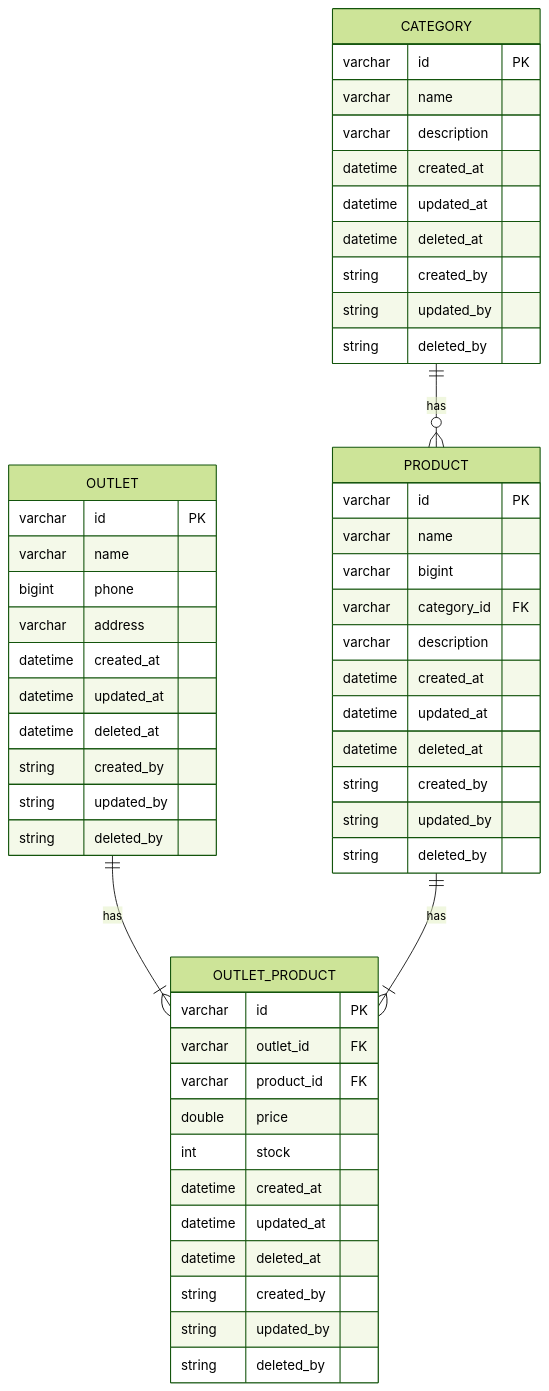
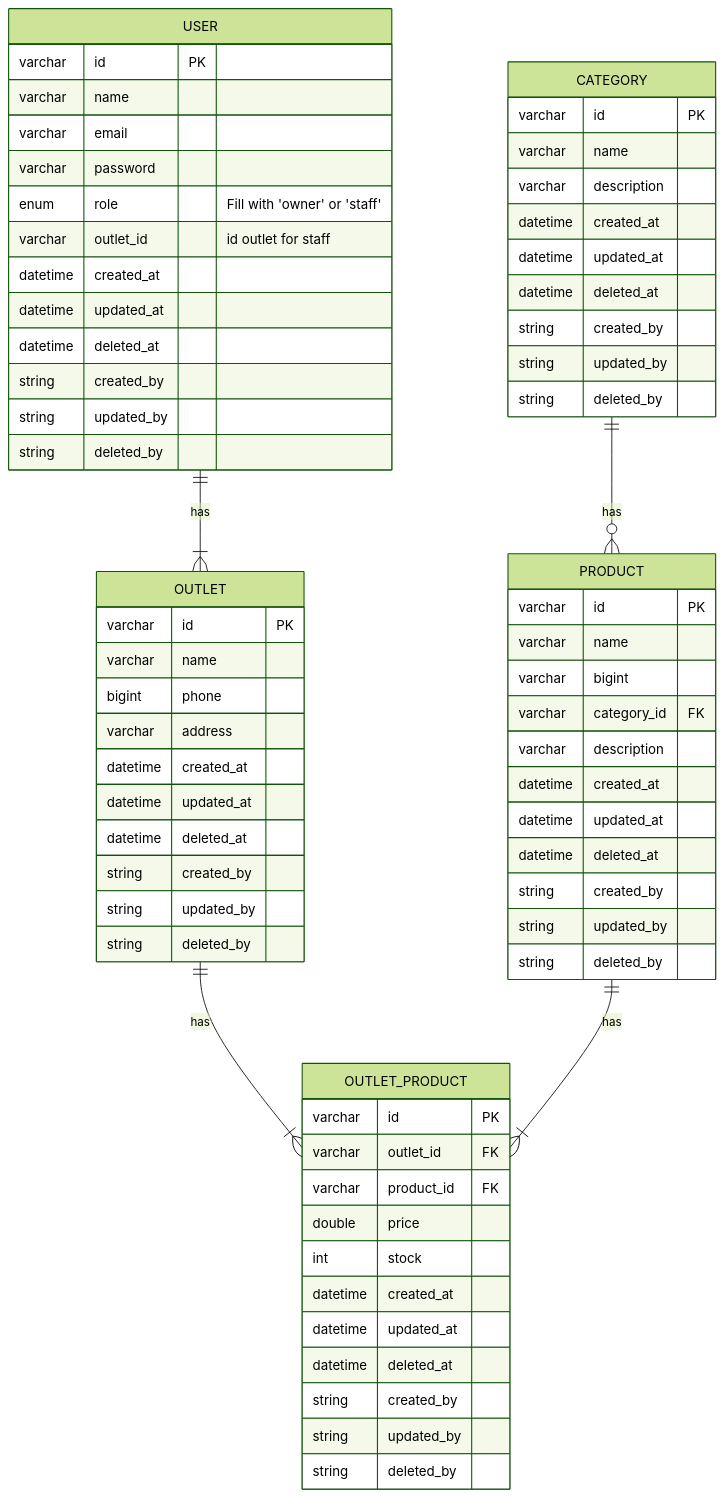
One commit to upgradeskill/fp2022-crm-j-team changed the diagram in MERMAID.md. Above: the diagram before and after it, drawn with Mermaid (forest theme).

Commit message:
add user entity

````diff
--- a/MERMAID.md
+++ b/MERMAID.md
@@ -3,56 +3,71 @@
 ```mermaid
 erDiagram
+    USER ||--|{ OUTLET : has
+    USER {
+        varchar id PK
+        varchar name
+        varchar email
+        varchar password
+        enum role "Fill with 'owner' or 'staff'"
+        varchar outlet_id "id outlet for staff"
+        datetime created_at
+        datetime updated_at
+        datetime deleted_at
+        string created_by
+        string updated_by
+        string deleted_by
+    }
     OUTLET ||--|{ OUTLET_PRODUCT : has
     OUTLET {
         varchar id PK
         varchar name
         bigint phone
         varchar address
         datetime created_at
         datetime updated_at
         datetime deleted_at
         string created_by
         string updated_by
         string deleted_by
     }
     CATEGORY ||--o{ PRODUCT : has
     CATEGORY {
         varchar id PK
         varchar name
         varchar description
         datetime created_at
         datetime updated_at
         datetime deleted_at
         string created_by
         string updated_by
         string deleted_by
     }
     PRODUCT ||--|{ OUTLET_PRODUCT : has
     PRODUCT {
         varchar id PK
         varchar name
         varchar bigint
         varchar category_id FK
         varchar description
         datetime created_at
         datetime updated_at
         datetime deleted_at
         string created_by
         string updated_by
         string deleted_by
     }
     OUTLET_PRODUCT
     OUTLET_PRODUCT {
         varchar id PK
         varchar outlet_id FK
         varchar product_id FK
         double price
         int stock
         datetime created_at
         datetime updated_at
         datetime deleted_at
         string created_by
         string updated_by
         string deleted_by
     }
 ```
````
